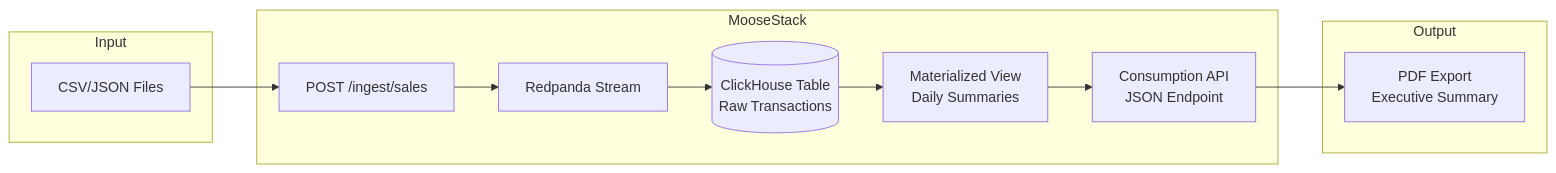
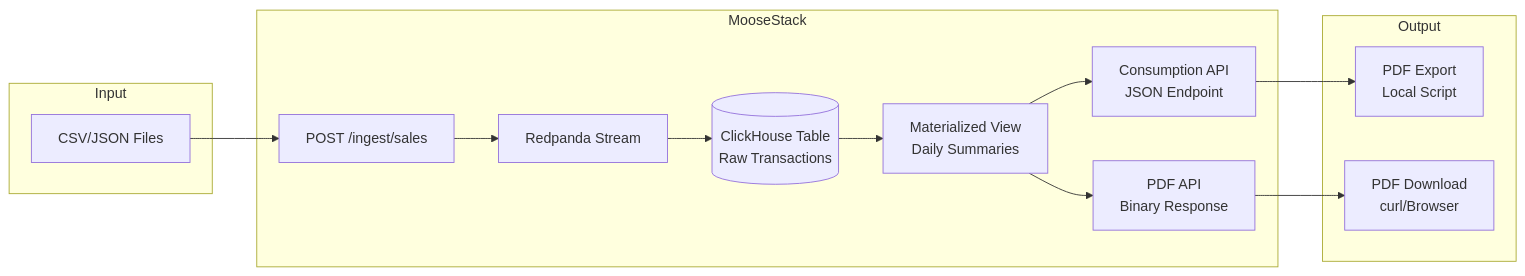
Before and after one commit to 514-labs/moosestack: the diagram in apps/framework-docs-v2/content/guides/static-report-generation.mdx, drawn with Mermaid. The commit also changed other lines of this file, not shown here.

First line of the commit message:
Enhance static report generation guide with new PDF export options

````diff
--- a/apps/framework-docs-v2/content/guides/static-report-generation.mdx
+++ b/apps/framework-docs-v2/content/guides/static-report-generation.mdx
@@ -278,21 +278,24 @@
 ```mermaid
 flowchart LR
     subgraph Input
         A[CSV/JSON Files]
     end
 
     subgraph MooseStack
         B[POST /ingest/sales]
         C[Redpanda Stream]
         D[(ClickHouse Table<br/>Raw Transactions)]
         E[Materialized View<br/>Daily Summaries]
         F[Consumption API<br/>JSON Endpoint]
+        H[PDF API<br/>Binary Response]
     end
 
     subgraph Output
-        G[PDF Export<br/>Executive Summary]
+        G[PDF Export<br/>Local Script]
+        I[PDF Download<br/>curl/Browser]
     end
 
     A --> B --> C --> D
     D --> E --> F --> G
+    E --> H --> I
 ```
````
